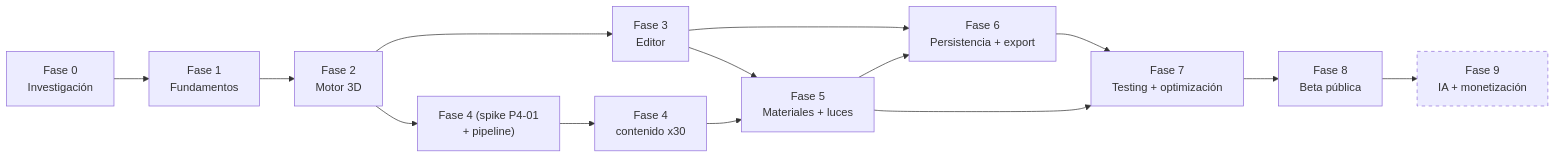
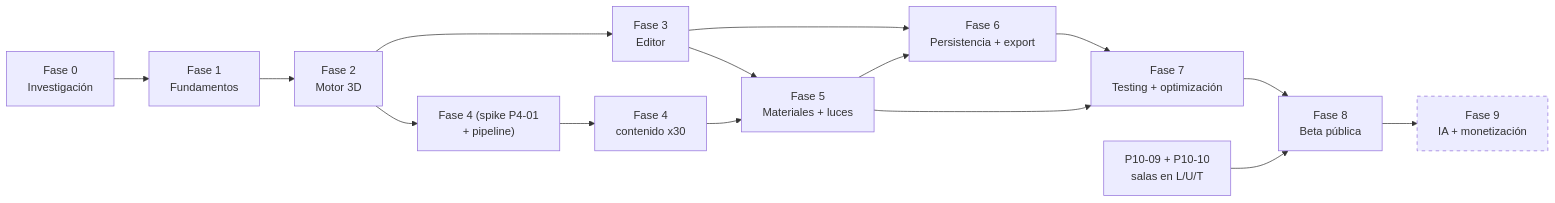
Before and after one commit to MarcSagues/room-forge: the diagram in docs/ROADMAP.md, drawn with Mermaid. The commit also changed other lines of this file and 4 other files, not shown here.

````diff
--- a/docs/ROADMAP.md
+++ b/docs/ROADMAP.md
@@ -26,17 +26,18 @@
 ```mermaid
 flowchart LR
   F0["Fase 0<br/>Investigación"] --> F1["Fase 1<br/>Fundamentos"]
   F1 --> F2["Fase 2<br/>Motor 3D"]
   F2 --> F3["Fase 3<br/>Editor"]
   F2 --> F4a["Fase 4 (spike P4-01<br/>+ pipeline)"]
   F4a --> F4b["Fase 4<br/>contenido x30"]
   F3 --> F5["Fase 5<br/>Materiales + luces"]
   F4b --> F5
   F3 --> F6["Fase 6<br/>Persistencia + export"]
   F5 --> F6
   F6 --> F7["Fase 7<br/>Testing + optimización"]
   F5 --> F7
   F7 --> F8["Fase 8<br/>Beta pública"]
+  POLY["P10-09 + P10-10<br/>salas en L/U/T"] --> F8
   F8 --> F9["Fase 9<br/>IA + monetización"]
   style F9 stroke-dasharray: 5 5
 ```
````
